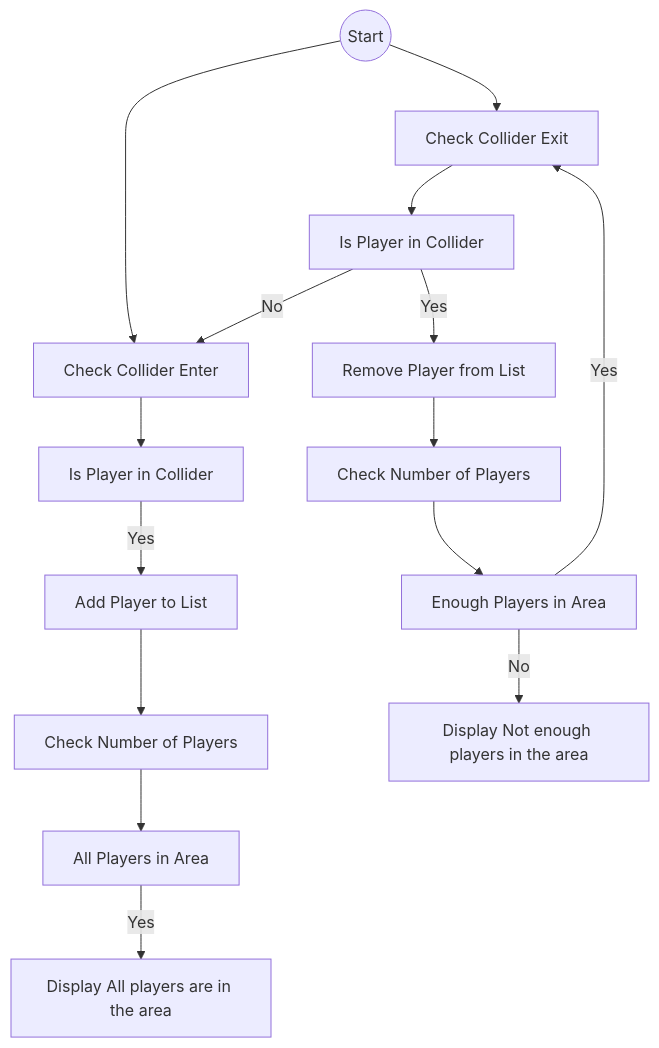
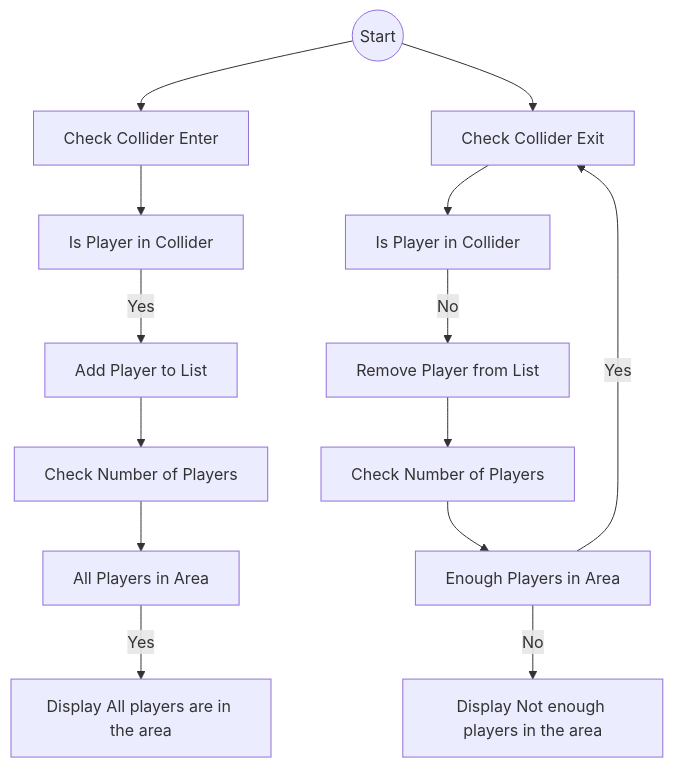
Before and after one commit to PAP0/Linx-Game: the third of 3 diagrams in README.md, drawn with Mermaid.

```diff
--- a/README.md
+++ b/README.md
@@ -104,31 +104,30 @@
 ~~~mermaid
 flowchart TD; 
     A((Start))
     B[Check Collider Enter]
     C[Is Player in Collider]
     D[Add Player to List]
     E[Check Number of Players]
     F[All Players in Area]
     G[Display All players are in the area]
     H[Check Collider Exit]
     I[Is Player in Collider]
     J[Remove Player from List]
     K[Check Number of Players]
     L[Enough Players in Area]
     M[Display Not enough players in the area]
     
     A --> B
     A --> H
     B --> C
     C -- Yes --> D
     D --> E
     E --> F
     F -- Yes --> G
     H --> I
-    I -- Yes --> J
     J --> K
     K --> L
     L -- No --> M
     L -- Yes --> H
-    I -- No --> B
+    I -- No --> J
 ~~~
```
